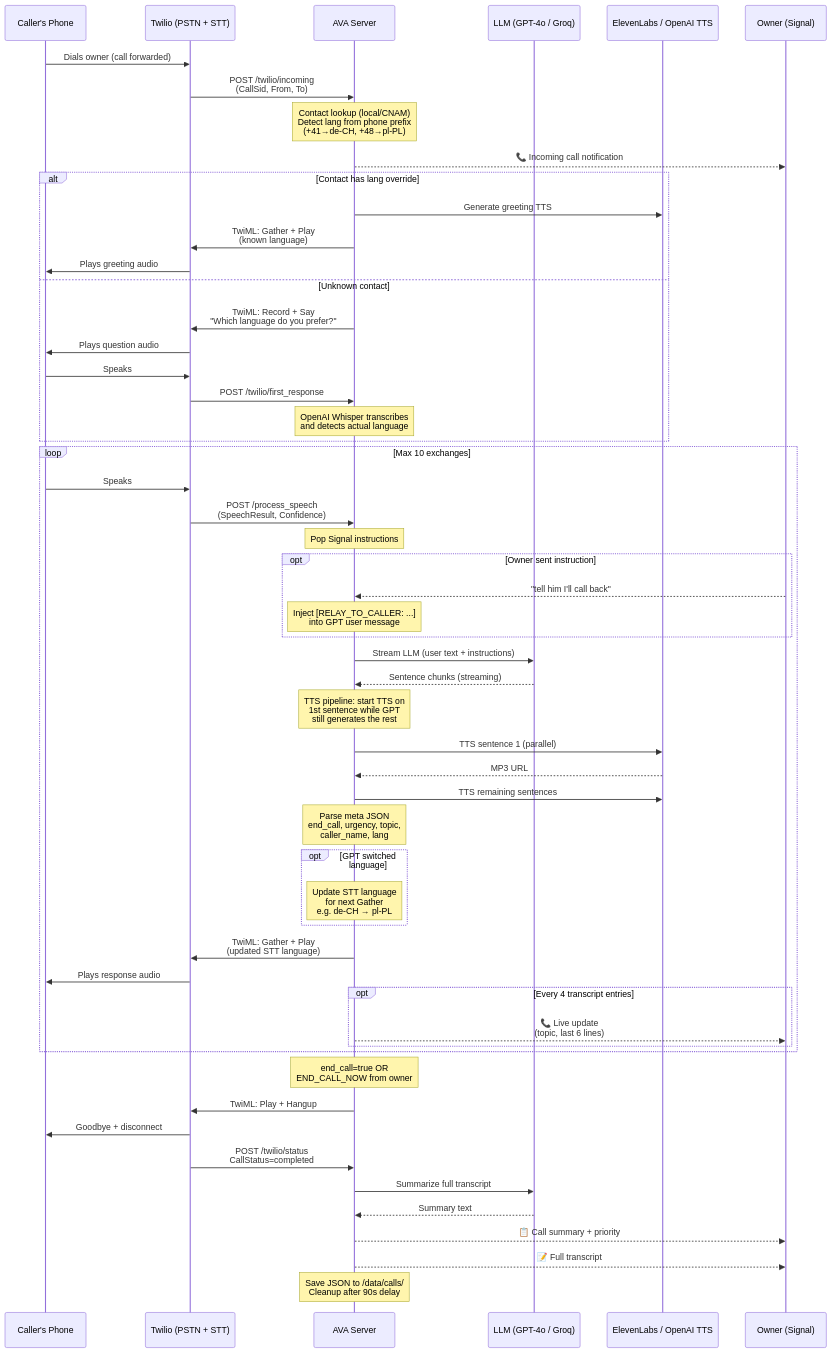
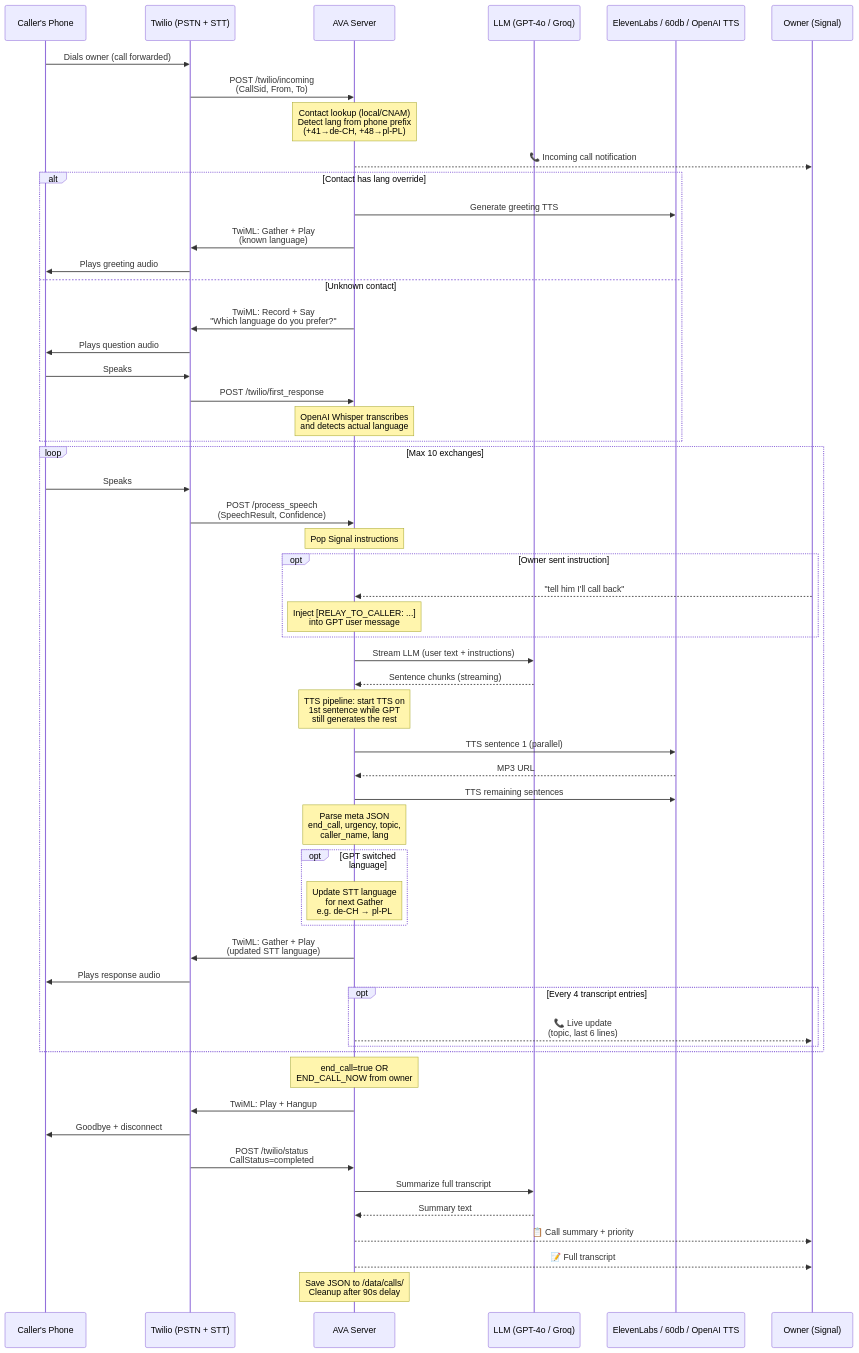
Before and after one commit to dzaczek/ava: the second of 7 diagrams in README.md, drawn with Mermaid. The commit also changed other lines of this file and 3 other files, not shown here.

````diff
--- a/README.md
+++ b/README.md
@@ -79,76 +81,76 @@
 ```mermaid
 sequenceDiagram
     participant Caller as Caller's Phone
     participant Twilio as Twilio (PSTN + STT)
     participant AVA as AVA Server
     participant GPT as LLM (GPT-4o / Groq)
-    participant TTS as ElevenLabs / OpenAI TTS
+    participant TTS as ElevenLabs / 60db / OpenAI TTS
     participant Signal as Owner (Signal)
 
     Caller->>Twilio: Dials owner (call forwarded)
     Twilio->>AVA: POST /twilio/incoming<br/>(CallSid, From, To)
 
     Note over AVA: Contact lookup (local/CNAM)<br/>Detect lang from phone prefix<br/>(+41→de-CH, +48→pl-PL)
 
     AVA-->>Signal: 📞 Incoming call notification
 
     alt Contact has lang override
         AVA->>TTS: Generate greeting TTS
         AVA->>Twilio: TwiML: Gather + Play<br/>(known language)
         Twilio->>Caller: Plays greeting audio
     else Unknown contact
         AVA->>Twilio: TwiML: Record + Say<br/>"Which language do you prefer?"
         Twilio->>Caller: Plays question audio
         Caller->>Twilio: Speaks
         Twilio->>AVA: POST /twilio/first_response
         Note over AVA: OpenAI Whisper transcribes<br/>and detects actual language
     end
 
     loop Max 10 exchanges
         Caller->>Twilio: Speaks
         Twilio->>AVA: POST /process_speech<br/>(SpeechResult, Confidence)
 
         Note over AVA: Pop Signal instructions
 
         opt Owner sent instruction
             Signal-->>AVA: "tell him I'll call back"
             Note over AVA: Inject [RELAY_TO_CALLER: ...]<br/>into GPT user message
         end
 
         AVA->>GPT: Stream LLM (user text + instructions)
         GPT-->>AVA: Sentence chunks (streaming)
 
         Note over AVA: TTS pipeline: start TTS on<br/>1st sentence while GPT<br/>still generates the rest
 
         AVA->>TTS: TTS sentence 1 (parallel)
         TTS-->>AVA: MP3 URL
         AVA->>TTS: TTS remaining sentences
 
         Note over AVA: Parse meta JSON<br/>end_call, urgency, topic,<br/>caller_name, lang
 
         opt GPT switched language
             Note over AVA: Update STT language<br/>for next Gather<br/>e.g. de-CH → pl-PL
         end
 
         AVA->>Twilio: TwiML: Gather + Play<br/>(updated STT language)
         Twilio->>Caller: Plays response audio
 
         opt Every 4 transcript entries
             AVA-->>Signal: 📞 Live update<br/>(topic, last 6 lines)
         end
     end
 
     Note over AVA: end_call=true OR<br/>END_CALL_NOW from owner
 
     AVA->>Twilio: TwiML: Play + Hangup
     Twilio->>Caller: Goodbye + disconnect
 
     Twilio->>AVA: POST /twilio/status<br/>CallStatus=completed
 
     AVA->>GPT: Summarize full transcript
     GPT-->>AVA: Summary text
     AVA-->>Signal: 📋 Call summary + priority
     AVA-->>Signal: 📝 Full transcript
 
     Note over AVA: Save JSON to /data/calls/<br/>Cleanup after 90s delay
 ```
````
